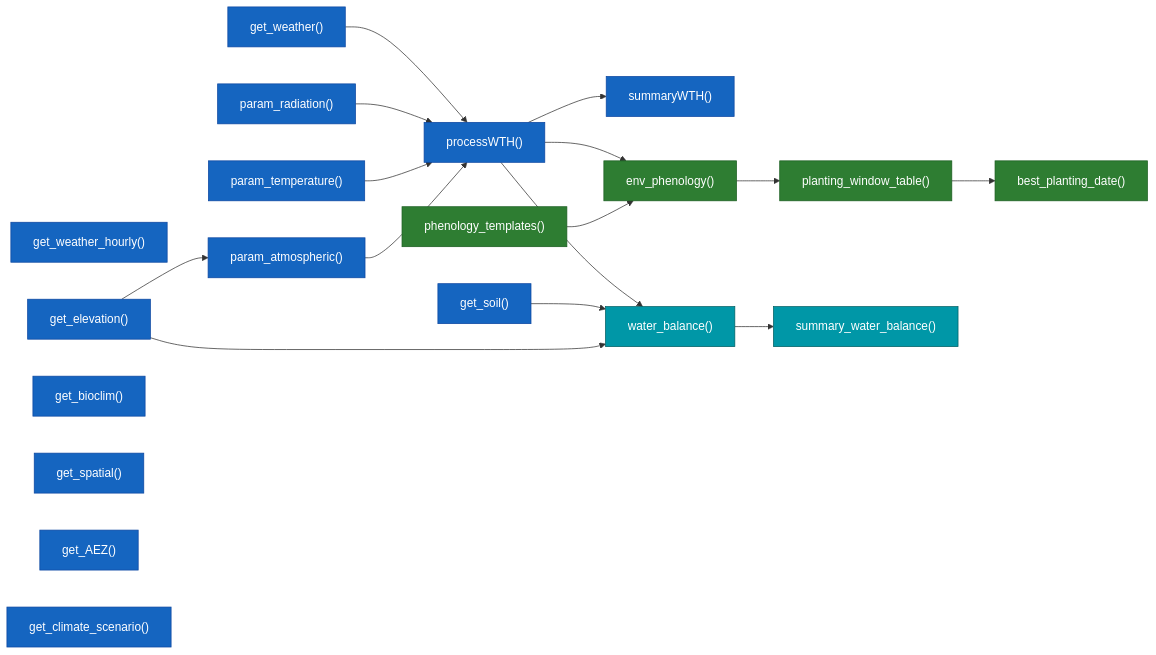
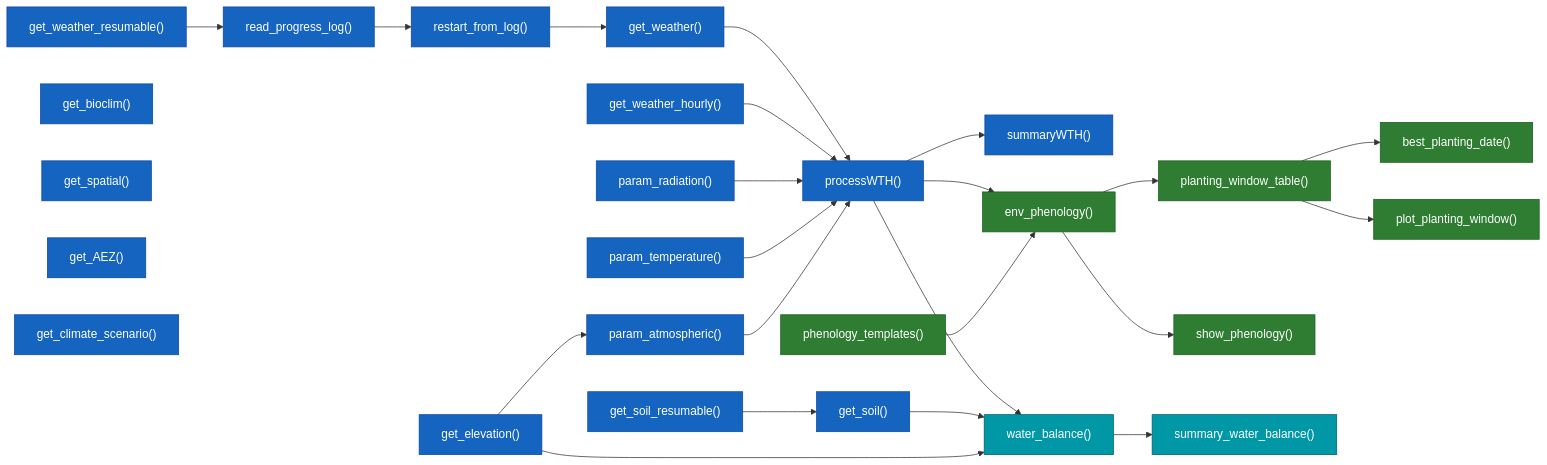
The second of 5 diagrams in README.md (gcostaneto/EnvRtype), drawn with Mermaid before and after one commit. The commit also changed other lines of this file, not shown here.

````diff
--- a/README.md
+++ b/README.md
@@ -88,47 +99,58 @@
 ```mermaid
 flowchart LR
   GW["get_weather()"]
   GWH["get_weather_hourly()"]
+  GWR["get_weather_resumable()"]
+  RPL["read_progress_log()"]
+  RFL["restart_from_log()"]
   GS["get_soil()"]
+  GSR["get_soil_resumable()"]
   GEL["get_elevation()"]
   GBC["get_bioclim()"]
   GSP["get_spatial()"]
   GAEZ["get_AEZ()"]
   GCS["get_climate_scenario()"]
 
   PRAD["param_radiation()"]
   PATM["param_atmospheric()"]
   PTMP["param_temperature()"]
   PWT["processWTH()"]
   SWT["summaryWTH()"]
 
   EPH["env_phenology()"]
   PHT["phenology_templates()"]
   PWD["planting_window_table()"]
   BPD["best_planting_date()"]
+  SPH["show_phenology()"]
+  PPW["plot_planting_window()"]
 
   WBAL["water_balance()"]
   SWB["summary_water_balance()"]
 
+  GWR --> RPL --> RFL --> GW
   GW --> PWT
+  GWH --> PWT
   PRAD --> PWT
   PTMP --> PWT
   GEL --> PATM
   PATM --> PWT
   PWT --> SWT
   PWT --> EPH
   PHT --> EPH
   EPH --> PWD
+  EPH --> SPH
   PWD --> BPD
+  PWD --> PPW
   PWT --> WBAL
+  GSR --> GS
   GS --> WBAL
   GEL --> WBAL
   WBAL --> SWB
 
   classDef collect fill:#1565c0,stroke:#0d47a1,color:#fff
   classDef char fill:#2e7d32,stroke:#1b5e20,color:#fff
   classDef wb fill:#0097a7,stroke:#006064,color:#fff
-  class GW,GWH,GS,GEL,GBC,GSP,GAEZ,GCS,PRAD,PATM,PTMP,PWT,SWT collect
-  class EPH,PHT,PWD,BPD char
+  class GW,GWH,GWR,RPL,RFL,GS,GSR,GEL,GBC,GSP,GAEZ,GCS,PRAD,PATM,PTMP,PWT,SWT collect
+  class EPH,PHT,PWD,BPD,SPH,PPW char
   class WBAL,SWB wb
 ```
````
